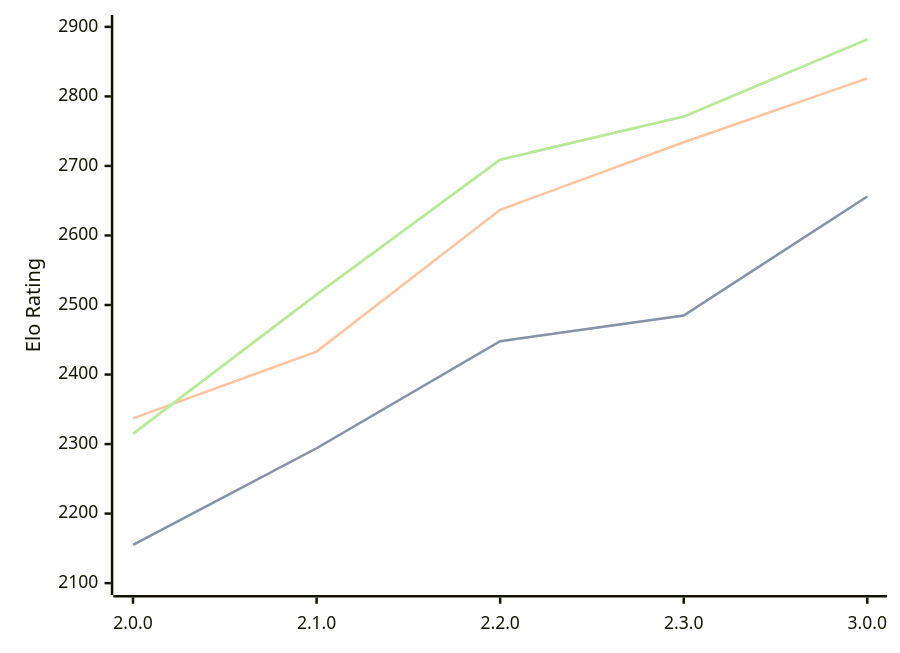
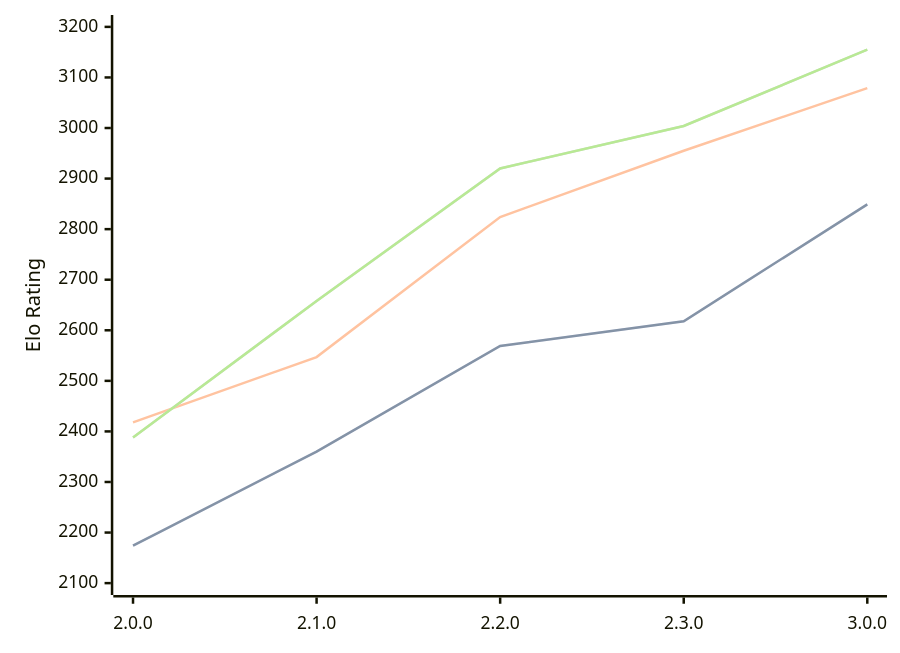
One commit to computer-chess-index/cci changed the diagram in engines/Raphael.md. Above: the diagram before and after it, drawn with Mermaid. The commit also changed other lines of this file, not shown here.

Commit message:
Update CCI Ratings (ELO VLTC) - 2026-02-24

````diff
--- a/engines/Raphael.md
+++ b/engines/Raphael.md
@@ -44,11 +45,11 @@
 ```mermaid
 %%{init: {"theme":"base","themeVariables":{"seriesColors:['#a3a3a3','#222221','#faa371']}}}%%
 xychart-beta
   x-axis ["2.0.0", "2.1.0", "2.2.0", "2.3.0", "3.0.0"]
-  y-axis "Elo Rating" 2100 --> 2900
-  line "STC (8.0+0.08s)" [2155, 2294, 2448, 2485, 2656]
-  line "STC (8.0+0.08s)" [2155, 2294, 2448, 2485, 2656]
-  line "LTC (60.0+0.60s)" [2337, 2433, 2637, 2734, 2826]
-  line "VLTC (2m24s+1.12s)" [2315, 2515, 2709, 2771, 2882]
-  line "VLTC (2m24s+1.12s)" [2315, 2515, 2709, 2771, 2882]
+  y-axis "Elo Rating" 2100 --> 3200
+  line "STC (8.0+0.08s)" [2174, 2360, 2569, 2618, 2849]
+  line "STC (8.0+0.08s)" [2174, 2360, 2569, 2618, 2849]
+  line "LTC (60.0+0.60s)" [2418, 2547, 2824, 2955, 3079]
+  line "VLTC (2m24s+1.12s)" [2388, 2658, 2920, 3004, 3155]
+  line "VLTC (2m24s+1.12s)" [2388, 2658, 2920, 3004, 3155]
 ```
````
